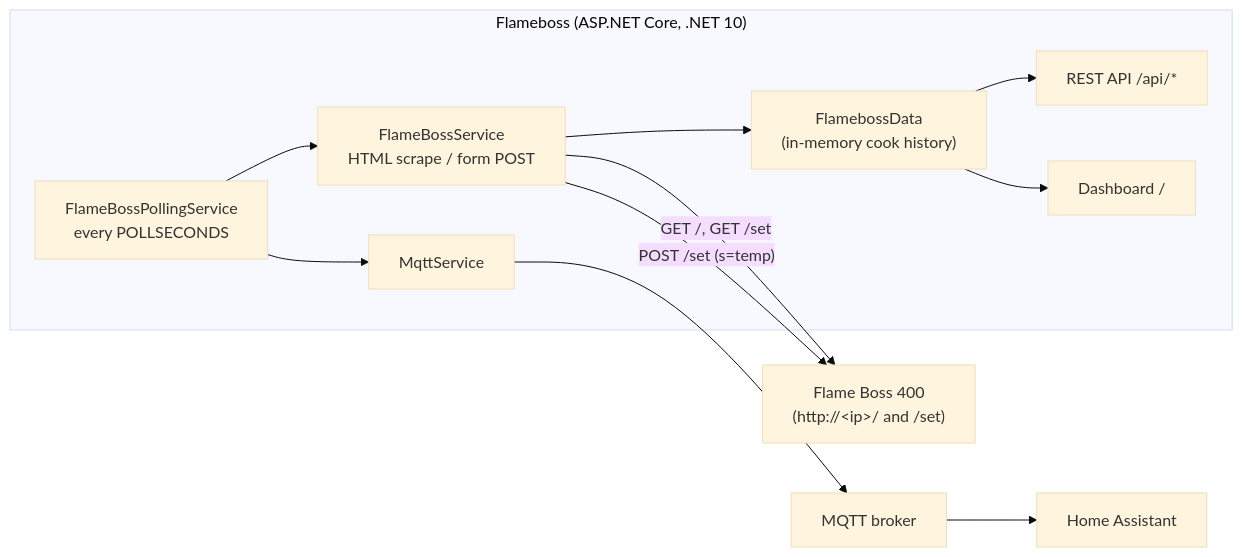
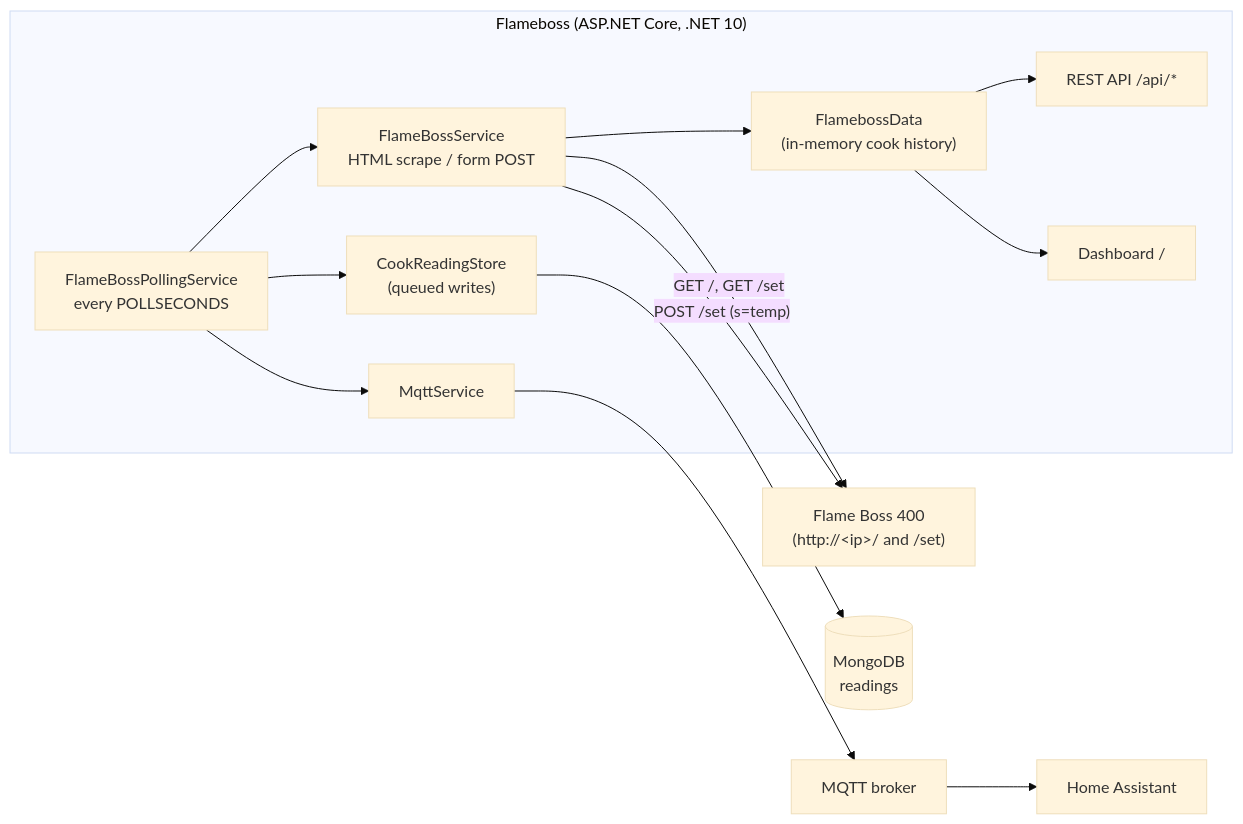
The diagram in README.md (factotuminok/Flameboss), drawn with Mermaid (base theme) before and after one commit. The commit also changed other lines of this file and 8 other files, not shown here.

Commit message:
Log cook readings to MongoDB with per-cook ID

````diff
--- a/README.md
+++ b/README.md
@@ -14,22 +15,25 @@
 ```mermaid
 flowchart LR
     FB["Flame Boss 400<br/>(http://&lt;ip&gt;/ and /set)"]
     subgraph App["Flameboss (ASP.NET Core, .NET 10)"]
         Poll["FlameBossPollingService<br/>every POLLSECONDS"]
         Svc["FlameBossService<br/>HTML scrape / form POST"]
         Data["FlamebossData<br/>(in-memory cook history)"]
         API["REST API /api/*"]
         UI["Dashboard /"]
         Mqtt["MqttService"]
+        Store["CookReadingStore<br/>(queued writes)"]
     end
     HA["Home Assistant"]
     Broker["MQTT broker"]
+    Mongo[("MongoDB<br/>readings")]
 
     Poll --> Svc
     Svc -- "GET /, GET /set" --> FB
     Svc -- "POST /set (s=temp)" --> FB
     Svc --> Data
     Data --> API
     Data --> UI
     Poll --> Mqtt --> Broker --> HA
+    Poll --> Store --> Mongo
 ```
````
